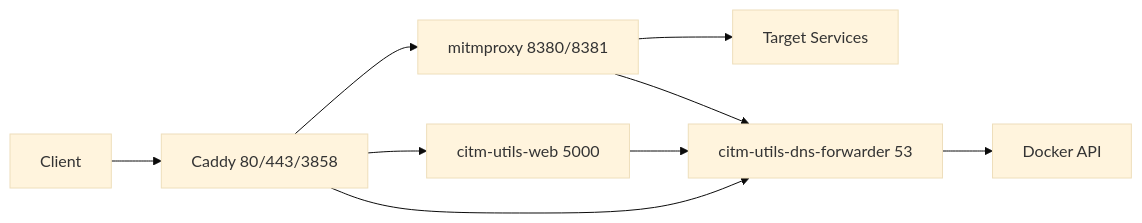
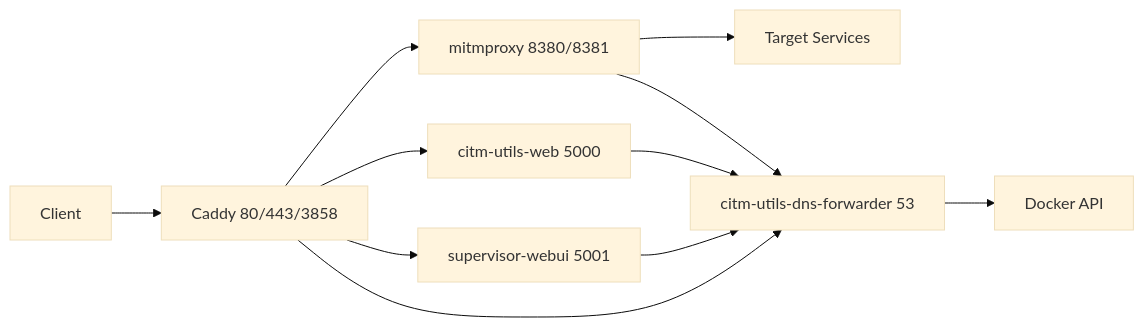
The diagram in docs/src/explanation/architecture.md (fardjad/caddy-in-the-middle), drawn with Mermaid (base theme) before and after one commit. The commit also changed other lines of this file and 18 other files, not shown here.

Commit message:
supervisor-webui: move webui to supervisor/

````diff
--- a/docs/src/explanation/architecture.md
+++ b/docs/src/explanation/architecture.md
@@ -22,12 +23,14 @@
 ```mermaid
 flowchart LR
     Client[Client] --> Caddy[Caddy 80/443/3858]
     Caddy --> Mitm[mitmproxy 8380/8381]
     Caddy --> Utils[citm-utils-web 5000]
+    Caddy --> Supervisor[supervisor-webui 5001]
     Mitm --> Apps[Target Services]
     DNS[citm-utils-dns-forwarder 53]
     Caddy --> DNS
     Mitm --> DNS
     Utils --> DNS
+    Supervisor --> DNS
     DNS --> Docker[Docker API]
 ```
````
